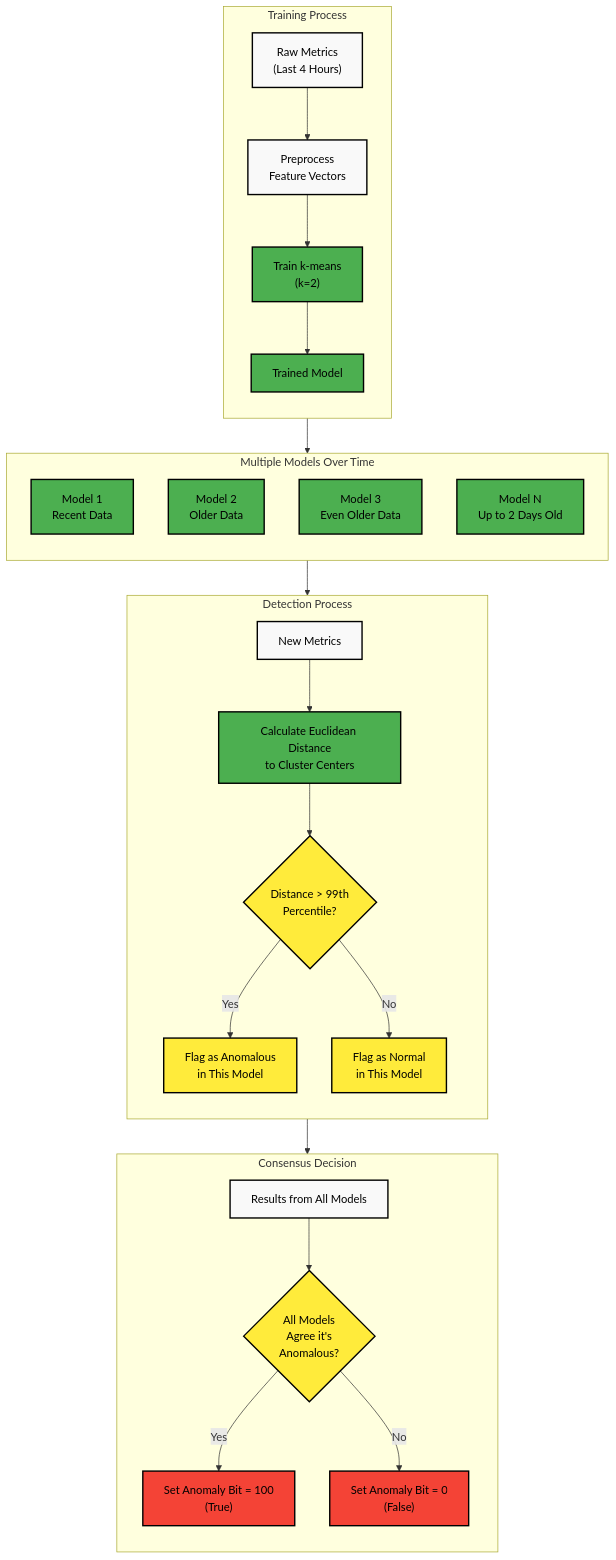
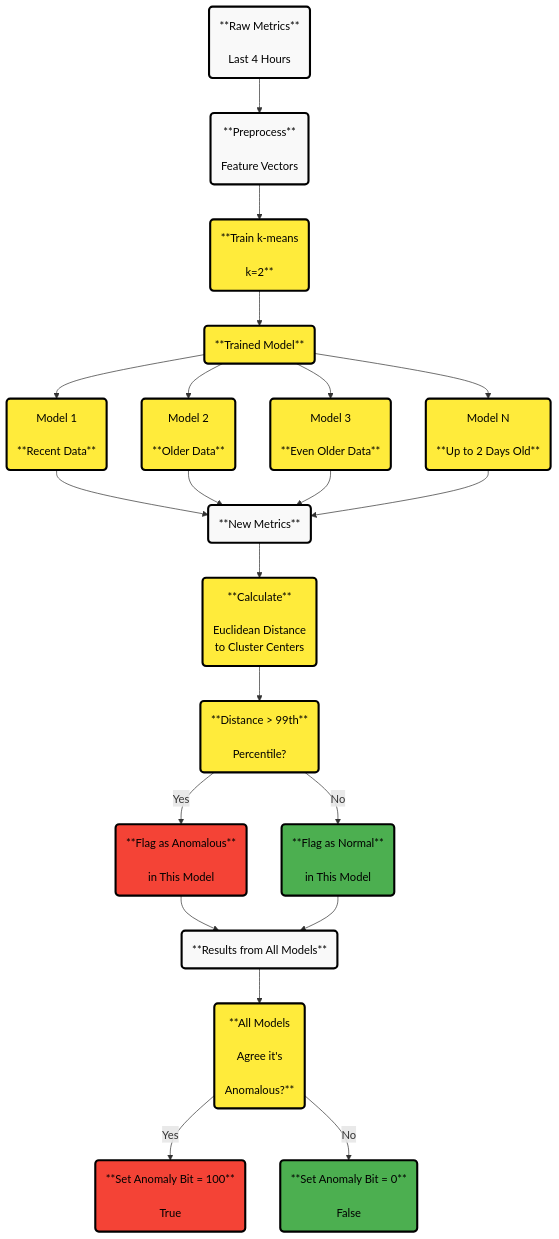
Before and after one commit to netdata/netdata: the diagram in src/ml/README.md, drawn with Mermaid. The commit also changed 3 other files, not shown here.

````diff
--- a/src/ml/README.md
+++ b/src/ml/README.md
@@ -46,53 +46,59 @@
 ```mermaid
 flowchart TD
-    %% Node styling
-    classDef neutral fill:#f9f9f9,stroke:#000000,color:#000000,stroke-width:2px
-    classDef success fill:#4caf50,stroke:#000000,color:#000000,stroke-width:2px
-    classDef warning fill:#ffeb3b,stroke:#000000,color:#000000,stroke-width:2px
-    classDef danger fill:#f44336,stroke:#000000,color:#000000,stroke-width:2px
+    Raw("**Raw Metrics**<br/><br/>Last 4 Hours")
+    Preprocess("**Preprocess**<br/><br/>Feature Vectors")
+    Train("**Train k-means<br/><br/>k=2**")
+    Model("**Trained Model**")
     
-    %% Training Process
-    subgraph TrainingProcess["Training Process"]
-        direction TB
-        Raw["Raw Metrics<br/>(Last 4 Hours)"] --> Preprocess["Preprocess<br/>Feature Vectors"]
-        Preprocess --> Train["Train k-means<br/>(k=2)"]
-        Train --> Model["Trained Model"]
-    end
+    M1("Model 1<br/><br/>**Recent Data**") 
+    M2("Model 2<br/><br/>**Older Data**")
+    M3("Model 3<br/><br/>**Even Older Data**")
+    MN("Model N<br/><br/>**Up to 2 Days Old**")
     
-    %% Multiple Models
-    subgraph MultipleModels["Multiple Models Over Time"]
-        direction TB
-        M1["Model 1<br/>Recent Data"] 
-        M2["Model 2<br/>Older Data"]
-        M3["Model 3<br/>Even Older Data"]
-        MN["Model N<br/>Up to 2 Days Old"]
-    end
+    NewData("**New Metrics**")
+    DistCalc("**Calculate**<br/><br/>Euclidean Distance<br/>to Cluster Centers")
+    Threshold("**Distance > 99th**<br/><br/>Percentile?")
+    FlagA("**Flag as Anomalous**<br/><br/>in This Model")
+    FlagN("**Flag as Normal**<br/><br/>in This Model")
     
-    %% Detection Process
-    subgraph DetectionProcess["Detection Process"]
-        direction TB
-        NewData["New Metrics"] --> DistCalc["Calculate Euclidean Distance<br/>to Cluster Centers"]
-        DistCalc --> Threshold{"Distance > 99th<br/>Percentile?"}
-        Threshold -->|Yes| FlagA["Flag as Anomalous<br/>in This Model"]
-        Threshold -->|No| FlagN["Flag as Normal<br/>in This Model"]
-    end
+    AllResults("**Results from All Models**")
+    AllAgree("**All Models<br/><br/>Agree it's<br/><br/>Anomalous?**")
+    SetBit("**Set Anomaly Bit = 100**<br/><br/>True")
+    ClearBit("**Set Anomaly Bit = 0**<br/><br/>False")
     
-    %% Consensus
-    subgraph Consensus["Consensus Decision"]
-        direction TB
-        AllResults["Results from All Models"] --> AllAgree{"All Models<br/>Agree it's<br/>Anomalous?"}
-        AllAgree -->|Yes| SetBit["Set Anomaly Bit = 100<br/>(True)"]
-        AllAgree -->|No| ClearBit["Set Anomaly Bit = 0<br/>(False)"]
-    end
+    Raw --> Preprocess
+    Preprocess --> Train
+    Train --> Model
+    Model --> M1
+    Model --> M2
+    Model --> M3
+    Model --> MN
     
-    %% Flow between subgraphs
-    TrainingProcess --> MultipleModels
-    MultipleModels --> DetectionProcess
-    DetectionProcess --> Consensus
+    M1 --> NewData
+    M2 --> NewData
+    M3 --> NewData
+    MN --> NewData
+    
+    NewData --> DistCalc
+    DistCalc --> Threshold
+    Threshold -->|Yes| FlagA
+    Threshold -->|No| FlagN
+    
+    FlagA --> AllResults
+    FlagN --> AllResults
+    AllResults --> AllAgree
+    AllAgree -->|Yes| SetBit
+    AllAgree -->|No| ClearBit
+    
+    %% Style definitions
+    classDef neutral fill:#f9f9f9,stroke:#000000,stroke-width:3px,color:#000000,font-size:16px
+    classDef process fill:#ffeb3b,stroke:#000000,stroke-width:3px,color:#000000,font-size:16px
+    classDef complete fill:#4caf50,stroke:#000000,stroke-width:3px,color:#000000,font-size:16px
+    classDef anomaly fill:#f44336,stroke:#000000,stroke-width:3px,color:#000000,font-size:16px
     
     %% Apply styles
     class Raw,Preprocess,NewData,AllResults neutral
-    class Train,Model,M1,M2,M3,MN,DistCalc success
-    class Threshold,FlagA,FlagN,AllAgree warning
-    class SetBit,ClearBit danger
+    class Train,Model,M1,M2,M3,MN,DistCalc,Threshold,AllAgree process
+    class FlagN,ClearBit complete
+    class FlagA,SetBit anomaly
 ```
````
